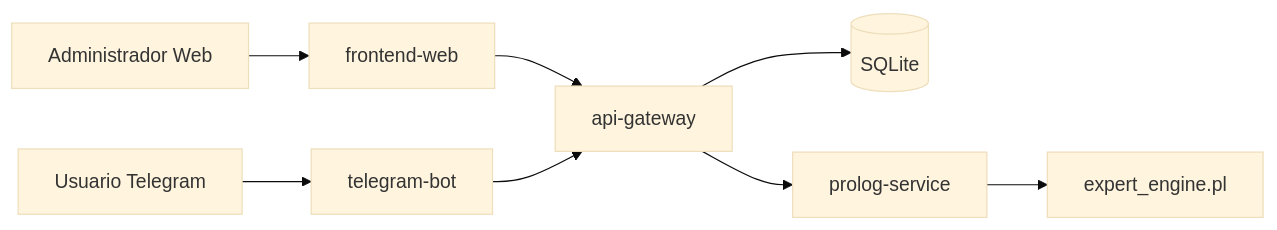
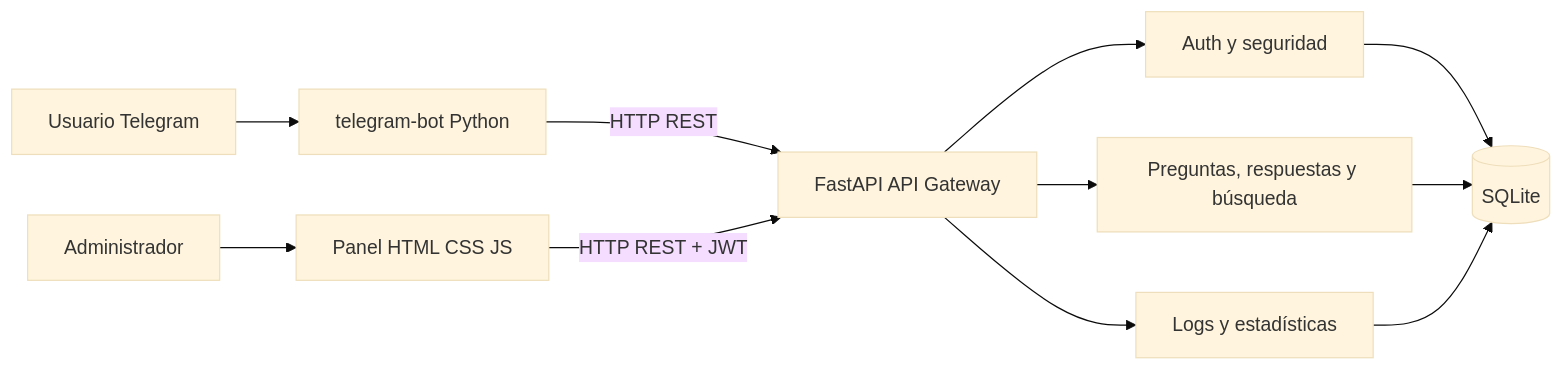
Before and after one commit to Pablo-Fernandez-001/IA1_VACASJUN2026_PABLOFERNANDEZ_201807411: the first of 2 diagrams in practica2/docs/ARQUITECTURA.md, drawn with Mermaid (base theme). The commit also changed other lines of this file and 102 other files, not shown here.

````diff
--- a/practica2/docs/ARQUITECTURA.md
+++ b/practica2/docs/ARQUITECTURA.md
@@ -5,10 +3,13 @@
 ```mermaid
 flowchart LR
-    U[Usuario Telegram] --> B[telegram-bot]
-    A[Administrador Web] --> F[frontend-web]
-    F --> G[api-gateway]
-    B --> G
-    G --> DB[(SQLite)]
-    G --> P[prolog-service]
-    P --> PL[expert_engine.pl]
+    U[Usuario Telegram] --> T[telegram-bot Python]
+    A[Administrador] --> F[Panel HTML CSS JS]
+    T -->|HTTP REST| API[FastAPI API Gateway]
+    F -->|HTTP REST + JWT| API
+    API --> AUTH[Auth y seguridad]
+    API --> FAQ[Preguntas, respuestas y búsqueda]
+    API --> STATS[Logs y estadísticas]
+    AUTH --> DB[(SQLite)]
+    FAQ --> DB
+    STATS --> DB
 ```
````
